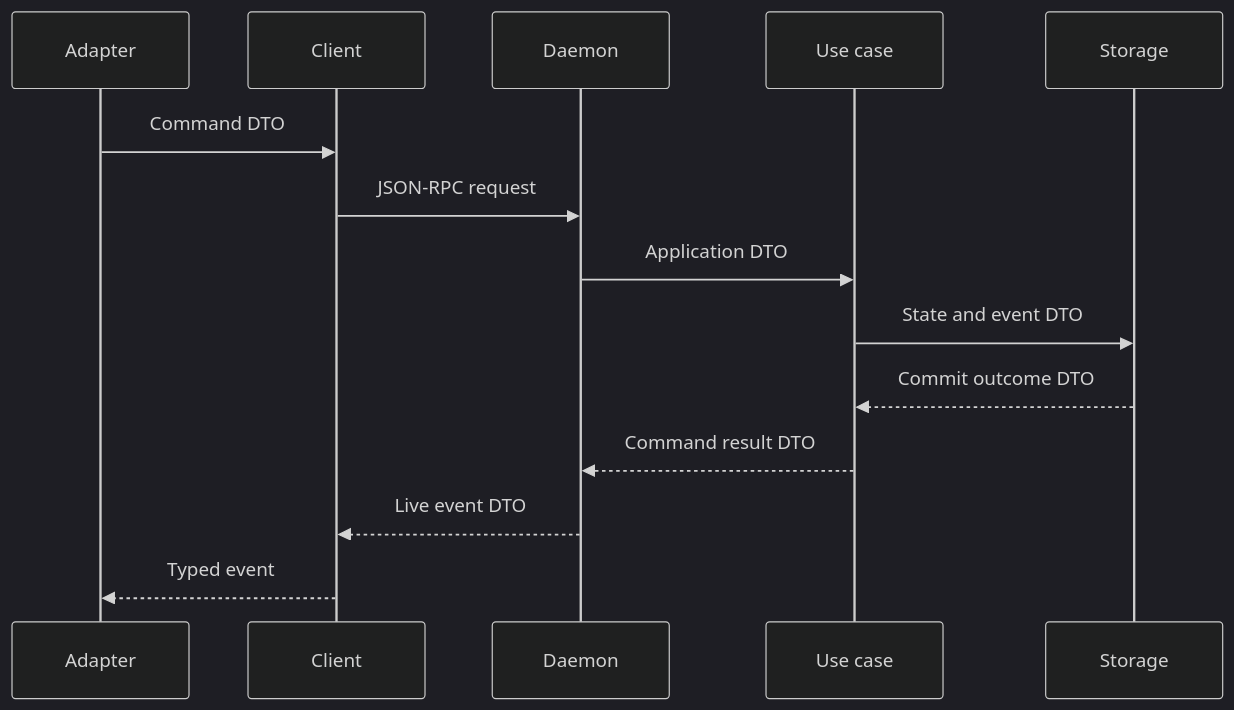
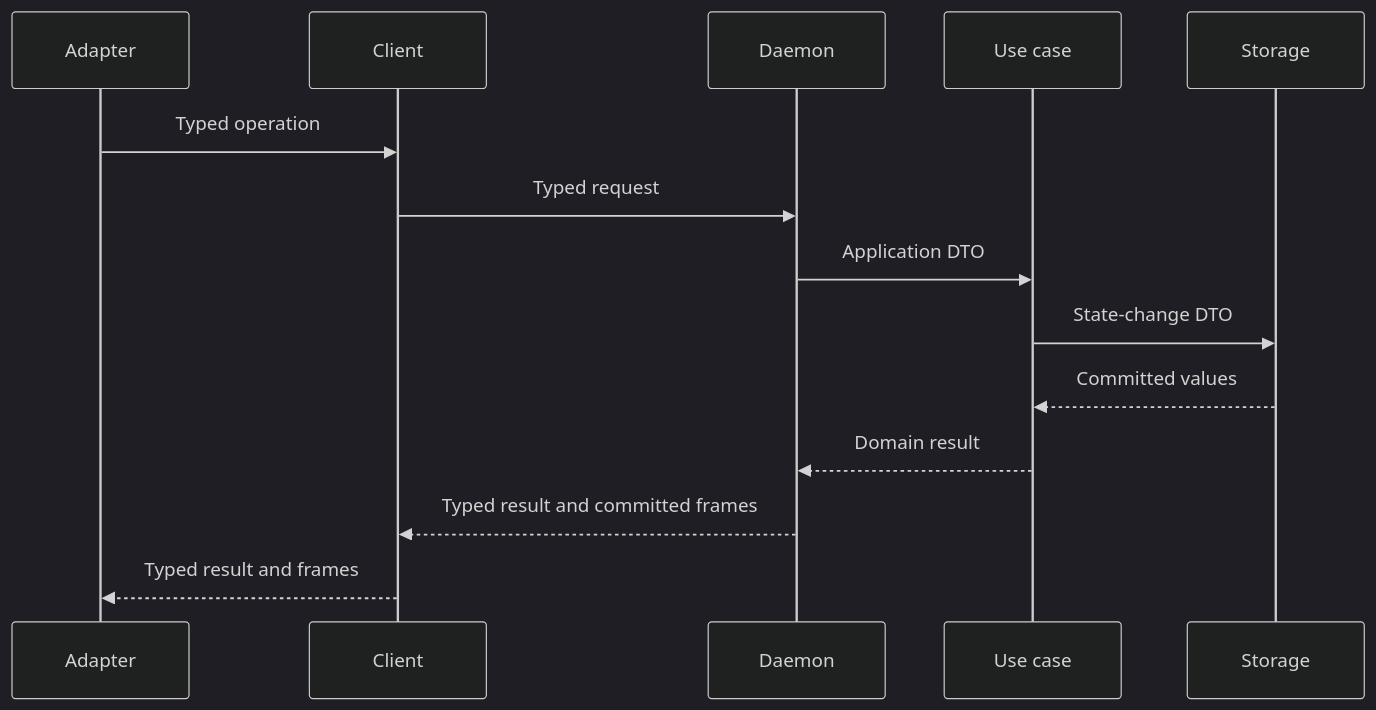
One commit to y0tsy/intention-relay changed the diagram in docs/intention-relay/architecture/02-dto-and-contract-policy.md. Above: the diagram before and after it, drawn with Mermaid (dark theme). The commit also changed other lines of this file and 288 other files, not shown here.

````diff
--- a/docs/intention-relay/architecture/02-dto-and-contract-policy.md
+++ b/docs/intention-relay/architecture/02-dto-and-contract-policy.md
@@ -179,17 +153,17 @@
 ```mermaid
 sequenceDiagram
   participant A as Adapter
   participant C as Client
   participant D as Daemon
   participant U as Use case
   participant S as Storage
 
-  A->>C: Command DTO
-  C->>D: JSON-RPC request
+  A->>C: Typed operation
+  C->>D: Typed request
   D->>U: Application DTO
-  U->>S: State and event DTO
-  S-->>U: Commit outcome DTO
-  U-->>D: Command result DTO
-  D-->>C: Live event DTO
-  C-->>A: Typed event
+  U->>S: State-change DTO
+  S-->>U: Committed values
+  U-->>D: Domain result
+  D-->>C: Typed result and committed frames
+  C-->>A: Typed result and frames
 ```
````
